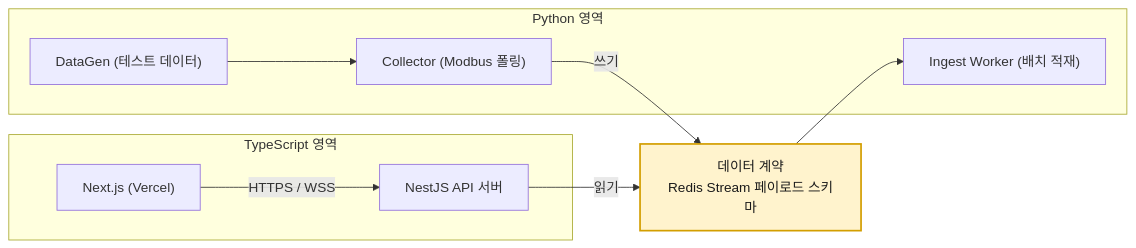
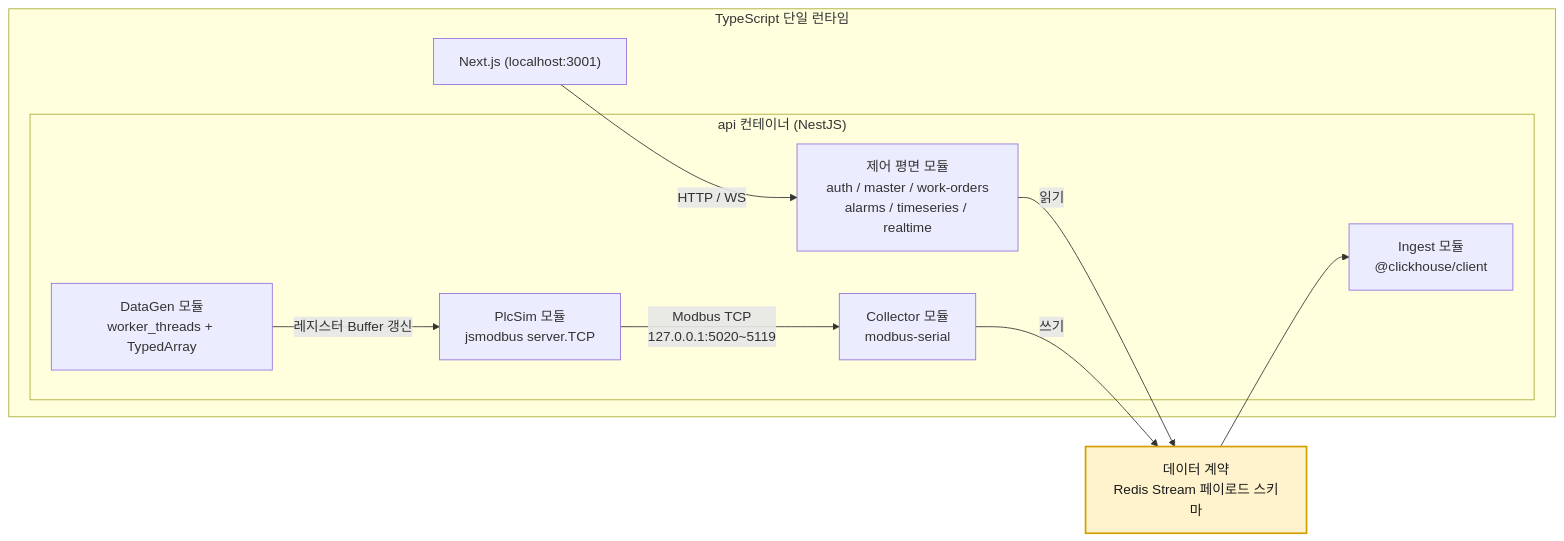
The first of 2 diagrams in tech_stack.md (jaepil02/db_study), drawn with Mermaid before and after one commit. The commit also changed other lines of this file and 3 other files, not shown here.

````diff
--- a/tech_stack.md
+++ b/tech_stack.md
@@ -81,21 +83,23 @@
 ```mermaid
 flowchart LR
-    subgraph TS["TypeScript 영역"]
-        FE["Next.js (Vercel)"]
-        API["NestJS API 서버"]
-    end
-    subgraph PY["Python 영역"]
-        COL["Collector (Modbus 폴링)"]
-        ING["Ingest Worker (배치 적재)"]
-        GEN["DataGen (테스트 데이터)"]
+    subgraph TS["TypeScript 단일 런타임"]
+        FE["Next.js (localhost:3001)"]
+        subgraph APP["api 컨테이너 (NestJS)"]
+            API["제어 평면 모듈<br/>auth / master / work-orders<br/>alarms / timeseries / realtime"]
+            GEN["DataGen 모듈<br/>worker_threads + TypedArray"]
+            SIM["PlcSim 모듈<br/>jsmodbus server.TCP"]
+            COL["Collector 모듈<br/>modbus-serial"]
+            ING["Ingest 모듈<br/>@clickhouse/client"]
+        end
     end
     CONTRACT["데이터 계약<br/>Redis Stream 페이로드 스키마"]
 
-    FE -->|"HTTPS / WSS"| API
+    FE -->|"HTTP / WS"| API
     API -->|"읽기"| CONTRACT
+    GEN -->|"레지스터 Buffer 갱신"| SIM
+    SIM -->|"Modbus TCP<br/>127.0.0.1:5020~5119"| COL
     COL -->|"쓰기"| CONTRACT
-    GEN --> COL
     CONTRACT --> ING
 
     style CONTRACT fill:#fff3cd,stroke:#d39e00,stroke-width:2px,color:#1a1a1a
 ```
````
